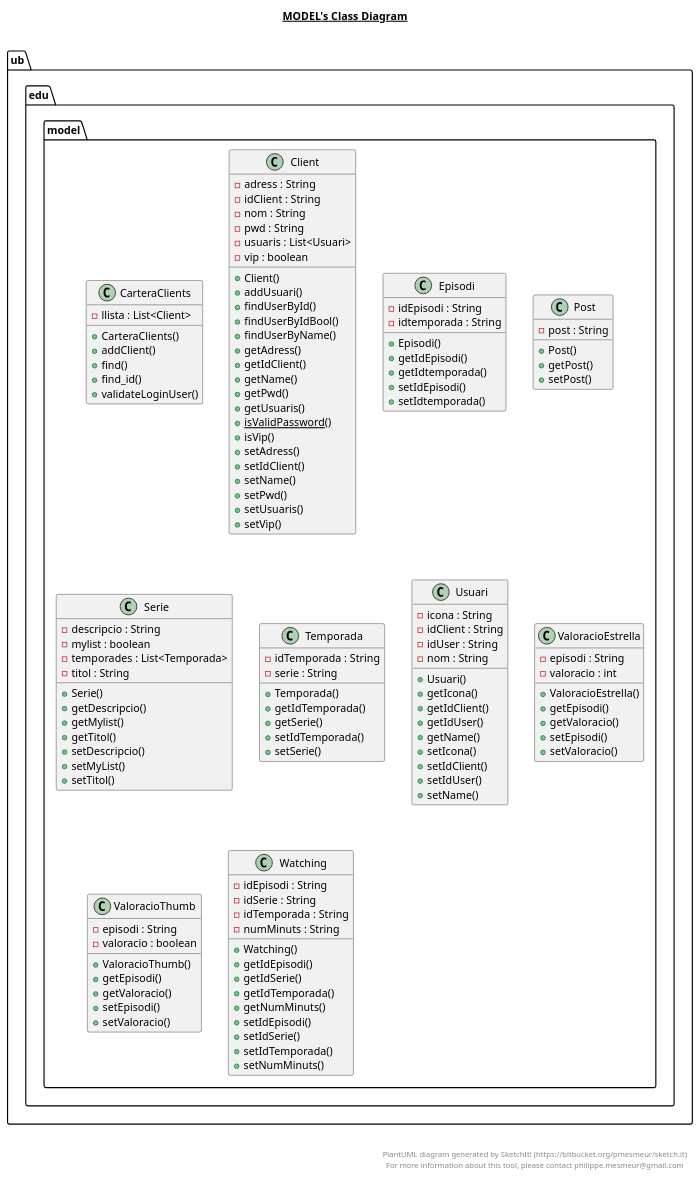
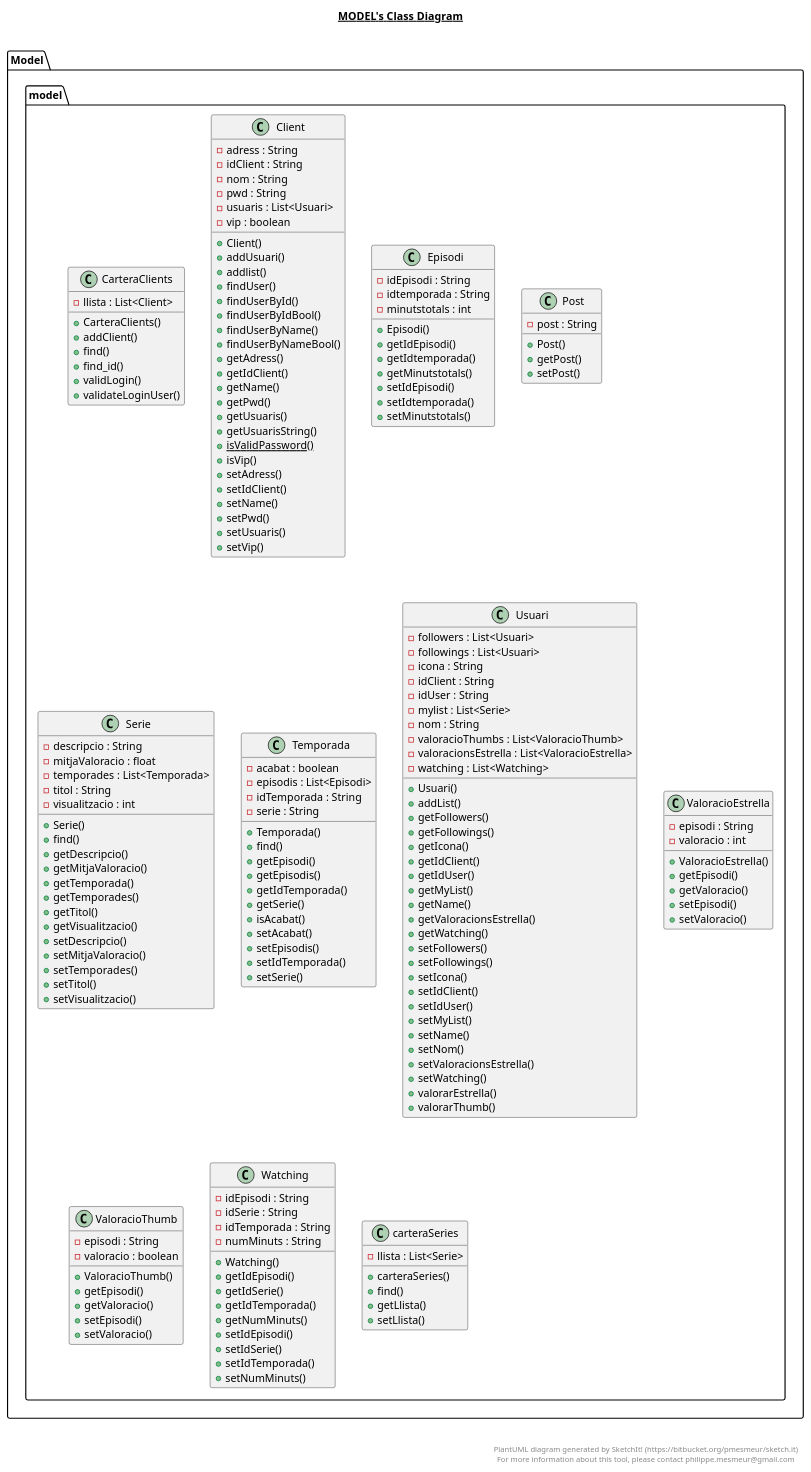
One commit to Disseny-Software-2020-2021/practica3-b2 changed the diagram in src/model/model.plantuml. Above: the diagram before and after it, drawn with PlantUML. The commit also changed 9 other files, not shown here.

```diff
--- a/src/model/model.plantuml
+++ b/src/model/model.plantuml
@@ -2,164 +2,215 @@
 
 title __MODEL's Class Diagram__\n
 
-  namespace ub.edu.model {
-    class ub.edu.model.CarteraClients {
-        - llista : List<Client>
-        + CarteraClients()
-        + addClient()
-        + find()
-        + find_id()
-        + validateLoginUser()
+    namespace Model {
+      class model.CarteraClients {
+          - llista : List<Client>
+          + CarteraClients()
+          + addClient()
+          + find()
+          + find_id()
+          + validLogin()
+          + validateLoginUser()
+      }
     }
-  }
-  
 
-  namespace ub.edu.model {
-    class ub.edu.model.Client {
-        - adress : String
-        - idClient : String
-        - nom : String
-        - pwd : String
-        - usuaris : List<Usuari>
-        - vip : boolean
-        + Client()
-        + addUsuari()
-        + findUserById()
-        + findUserByIdBool()
-        + findUserByName()
-        + getAdress()
-        + getIdClient()
-        + getName()
-        + getPwd()
-        + getUsuaris()
-        {static} + isValidPassword()
-        + isVip()
-        + setAdress()
-        + setIdClient()
-        + setName()
-        + setPwd()
-        + setUsuaris()
-        + setVip()
+
+    namespace Model {
+      class model.Client {
+          - adress : String
+          - idClient : String
+          - nom : String
+          - pwd : String
+          - usuaris : List<Usuari>
+          - vip : boolean
+          + Client()
+          + addUsuari()
+          + addlist()
+          + findUser()
+          + findUserById()
+          + findUserByIdBool()
+          + findUserByName()
+          + findUserByNameBool()
+          + getAdress()
+          + getIdClient()
+          + getName()
+          + getPwd()
+          + getUsuaris()
+          + getUsuarisString()
+          {static} + isValidPassword()
+          + isVip()
+          + setAdress()
+          + setIdClient()
+          + setName()
+          + setPwd()
+          + setUsuaris()
+          + setVip()
+      }
     }
-  }
-  
 
-  namespace ub.edu.model {
-    class ub.edu.model.Episodi {
-        - idEpisodi : String
-        - idtemporada : String
-        + Episodi()
-        + getIdEpisodi()
-        + getIdtemporada()
-        + setIdEpisodi()
-        + setIdtemporada()
+
+    namespace Model {
+      class model.Episodi {
+          - idEpisodi : String
+          - idtemporada : String
+          - minutstotals : int
+          + Episodi()
+          + getIdEpisodi()
+          + getIdtemporada()
+          + getMinutstotals()
+          + setIdEpisodi()
+          + setIdtemporada()
+          + setMinutstotals()
+      }
     }
-  }
-  
 
-  namespace ub.edu.model {
-    class ub.edu.model.Post {
-        - post : String
-        + Post()
-        + getPost()
-        + setPost()
+
+    namespace Model {
+      class model.Post {
+          - post : String
+          + Post()
+          + getPost()
+          + setPost()
+      }
     }
-  }
-  
 
-  namespace ub.edu.model {
-    class ub.edu.model.Serie {
-        - descripcio : String
-        - mylist : boolean
-        - temporades : List<Temporada>
-        - titol : String
-        + Serie()
-        + getDescripcio()
-        + getMylist()
-        + getTitol()
-        + setDescripcio()
-        + setMyList()
-        + setTitol()
+    namespace Model {
+      class model.Serie {
+          - descripcio : String
+          - mitjaValoracio : float
+          - temporades : List<Temporada>
+          - titol : String
+          - visualitzacio : int
+          + Serie()
+          + find()
+          + getDescripcio()
+          + getMitjaValoracio()
+          + getTemporada()
+          + getTemporades()
+          + getTitol()
+          + getVisualitzacio()
+          + setDescripcio()
+          + setMitjaValoracio()
+          + setTemporades()
+          + setTitol()
+          + setVisualitzacio()
+      }
     }
-  }
-  
 
-  namespace ub.edu.model {
-    class ub.edu.model.Temporada {
-        - idTemporada : String
-        - serie : String
-        + Temporada()
-        + getIdTemporada()
-        + getSerie()
-        + setIdTemporada()
-        + setSerie()
+
+    namespace Model {
+      class model.Temporada {
+          - acabat : boolean
+          - episodis : List<Episodi>
+          - idTemporada : String
+          - serie : String
+          + Temporada()
+          + find()
+          + getEpisodi()
+          + getEpisodis()
+          + getIdTemporada()
+          + getSerie()
+          + isAcabat()
+          + setAcabat()
+          + setEpisodis()
+          + setIdTemporada()
+          + setSerie()
+      }
     }
-  }
-  
 
-  namespace ub.edu.model {
-    class ub.edu.model.Usuari {
-        - icona : String
-        - idClient : String
-        - idUser : String
-        - nom : String
-        + Usuari()
-        + getIcona()
-        + getIdClient()
-        + getIdUser()
-        + getName()
-        + setIcona()
-        + setIdClient()
-        + setIdUser()
-        + setName()
+    namespace Model {
+      class model.Usuari {
+          - followers : List<Usuari>
+          - followings : List<Usuari>
+          - icona : String
+          - idClient : String
+          - idUser : String
+          - mylist : List<Serie>
+          - nom : String
+          - valoracioThumbs : List<ValoracioThumb>
+          - valoracionsEstrella : List<ValoracioEstrella>
+          - watching : List<Watching>
+          + Usuari()
+          + addList()
+          + getFollowers()
+          + getFollowings()
+          + getIcona()
+          + getIdClient()
+          + getIdUser()
+          + getMyList()
+          + getName()
+          + getValoracionsEstrella()
+          + getWatching()
+          + setFollowers()
+          + setFollowings()
+          + setIcona()
+          + setIdClient()
+          + setIdUser()
+          + setMyList()
+          + setName()
+          + setNom()
+          + setValoracionsEstrella()
+          + setWatching()
+          + valorarEstrella()
+          + valorarThumb()
+      }
     }
-  }
-  
 
-  namespace ub.edu.model {
-    class ub.edu.model.ValoracioEstrella {
-        - episodi : String
-        - valoracio : int
-        + ValoracioEstrella()
-        + getEpisodi()
-        + getValoracio()
-        + setEpisodi()
-        + setValoracio()
+    namespace Model {
+      class model.ValoracioEstrella {
+          - episodi : String
+          - valoracio : int
+          + ValoracioEstrella()
+          + getEpisodi()
+          + getValoracio()
+          + setEpisodi()
+          + setValoracio()
+      }
     }
-  }
-  
 
-  namespace ub.edu.model {
-    class ub.edu.model.ValoracioThumb {
-        - episodi : String
-        - valoracio : boolean
-        + ValoracioThumb()
-        + getEpisodi()
-        + getValoracio()
-        + setEpisodi()
-        + setValoracio()
+
+    namespace Model {
+      class model.ValoracioThumb {
+          - episodi : String
+          - valoracio : boolean
+          + ValoracioThumb()
+          + getEpisodi()
+          + getValoracio()
+          + setEpisodi()
+          + setValoracio()
+      }
     }
-  }
-  
 
-  namespace ub.edu.model {
-    class ub.edu.model.Watching {
-        - idEpisodi : String
-        - idSerie : String
-        - idTemporada : String
-        - numMinuts : String
-        + Watching()
-        + getIdEpisodi()
-        + getIdSerie()
-        + getIdTemporada()
-        + getNumMinuts()
-        + setIdEpisodi()
-        + setIdSerie()
-        + setIdTemporada()
-        + setNumMinuts()
+
+    namespace Model {
+      class model.Watching {
+          - idEpisodi : String
+          - idSerie : String
+          - idTemporada : String
+          - numMinuts : String
+          + Watching()
+          + getIdEpisodi()
+          + getIdSerie()
+          + getIdTemporada()
+          + getNumMinuts()
+          + setIdEpisodi()
+          + setIdSerie()
+          + setIdTemporada()
+          + setNumMinuts()
+      }
     }
-  }
-  
+
+
+    namespace Model {
+      class model.carteraSeries {
+          - llista : List<Serie>
+          + carteraSeries()
+          + find()
+          + getLlista()
+          + setLlista()
+      }
+    }
+
 
 
 
```
